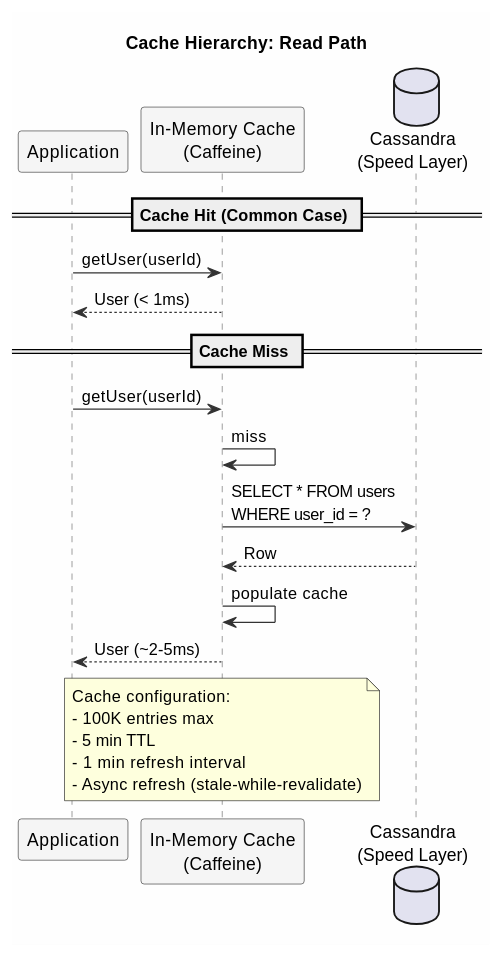
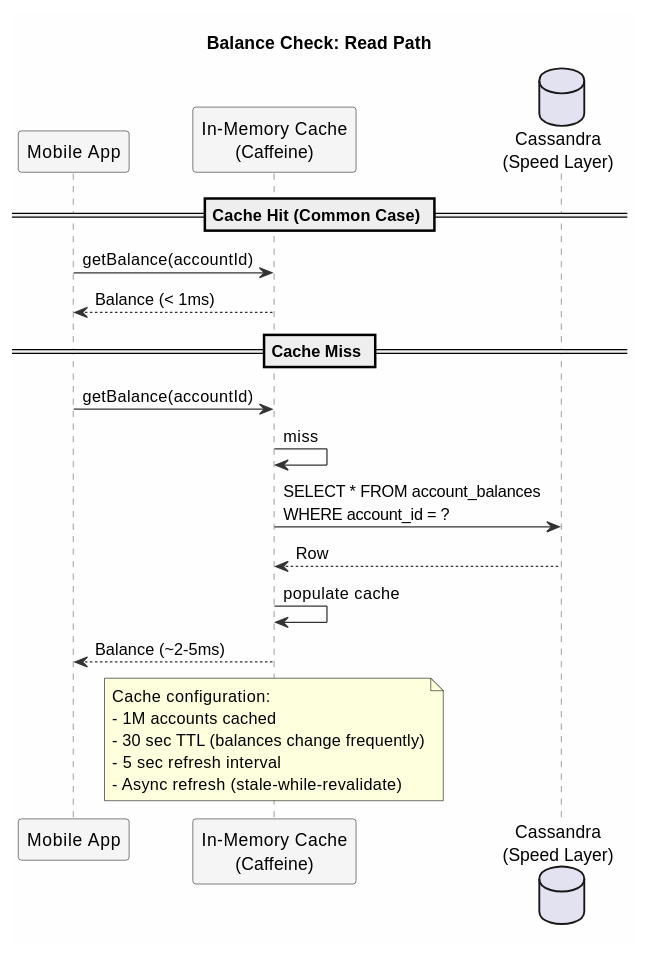
One commit to axonops/documentation changed the fifth of 12 diagrams in docs/data-platforms/cassandra/application-development/patterns/speed-layer.md. Above: the diagram before and after it, drawn with PlantUML. The commit also changed other lines of this file, not shown here.

Commit message:
Update speed-layer pattern: bank transactions with static columns for balance

````diff
--- a/docs/data-platforms/cassandra/application-development/patterns/speed-layer.md
+++ b/docs/data-platforms/cassandra/application-development/patterns/speed-layer.md
@@ -394,37 +423,37 @@
 ```plantuml
 @startuml
 skinparam backgroundColor #FEFEFE
 skinparam sequence {
     ArrowColor #333333
     LifeLineBorderColor #666666
     ParticipantBackgroundColor #F5F5F5
     ParticipantBorderColor #333333
 }
 
-title Cache Hierarchy: Read Path
+title Balance Check: Read Path
 
-participant "Application" as app
+participant "Mobile App" as app
 participant "In-Memory Cache\n(Caffeine)" as cache
 database "Cassandra\n(Speed Layer)" as cass
 
 == Cache Hit (Common Case) ==
-app -> cache : getUser(userId)
-cache --> app : User (< 1ms)
+app -> cache : getBalance(accountId)
+cache --> app : Balance (< 1ms)
 
 == Cache Miss ==
-app -> cache : getUser(userId)
+app -> cache : getBalance(accountId)
 cache -> cache : miss
-cache -> cass : SELECT * FROM users\nWHERE user_id = ?
+cache -> cass : SELECT * FROM account_balances\nWHERE account_id = ?
 cass --> cache : Row
 cache -> cache : populate cache
-cache --> app : User (~2-5ms)
+cache --> app : Balance (~2-5ms)
 
 note over cache
 Cache configuration:
-- 100K entries max
-- 5 min TTL
-- 1 min refresh interval
+- 1M accounts cached
+- 30 sec TTL (balances change frequently)
+- 5 sec refresh interval
 - Async refresh (stale-while-revalidate)
 end note
 @enduml
 ```
````
